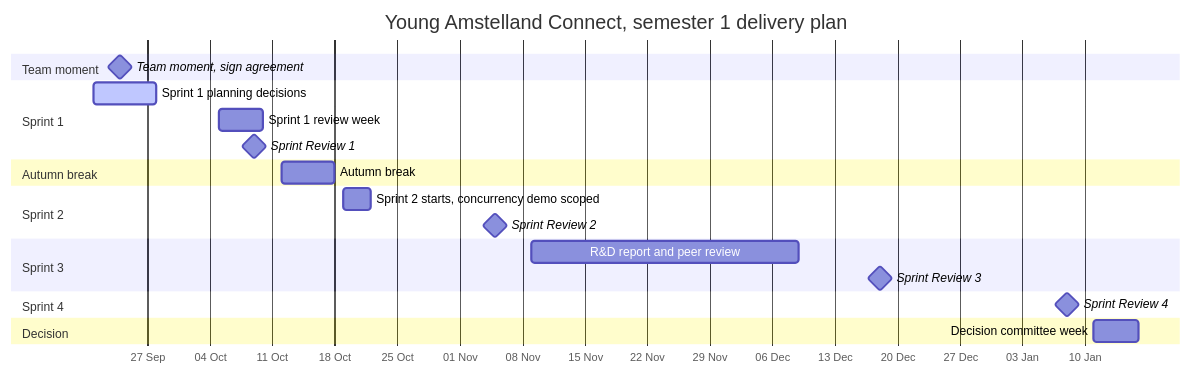
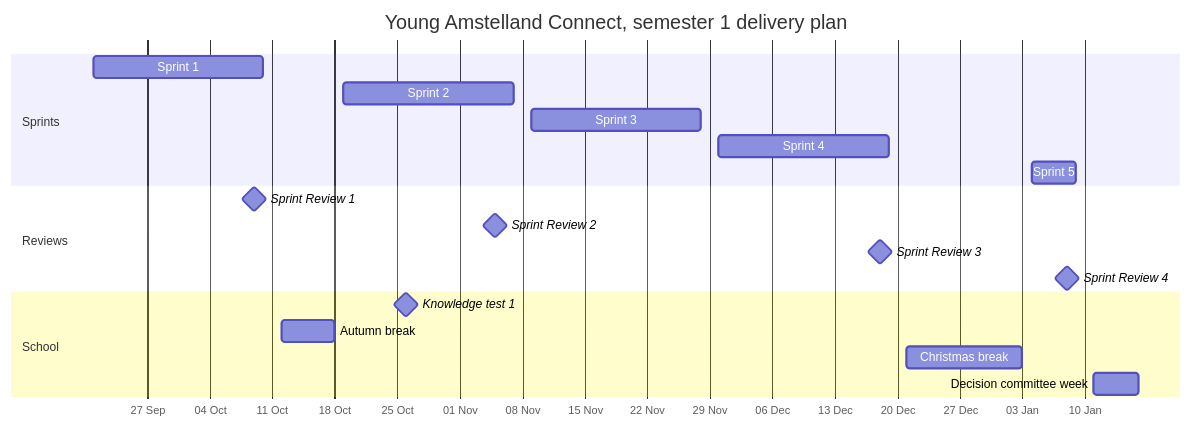
The diagram in docs/project/deliveryPlan.md (guruITA/connect-nine), drawn with Mermaid before and after one commit. The commit also changed other lines of this file and 21 other files, not shown here.

````diff
--- a/docs/project/deliveryPlan.md
+++ b/docs/project/deliveryPlan.md
@@ -200,31 +254,25 @@
 ```mermaid
 gantt
     title Young Amstelland Connect, semester 1 delivery plan
     dateFormat YYYY-MM-DD
     axisFormat %d %b
 
-    section Team moment
-    Team moment, sign agreement    :milestone, m1, 2026-09-24, 0d
+    section Sprints
+    Sprint 1                       :s1, 2026-09-21, 2026-10-10
+    Sprint 2                       :s2, 2026-10-19, 2026-11-07
+    Sprint 3                       :s3, 2026-11-09, 2026-11-28
+    Sprint 4                       :s4, 2026-11-30, 2026-12-19
+    Sprint 5                       :s5, 2027-01-04, 2027-01-09
 
-    section Sprint 1
-    Sprint 1 planning decisions    :active, s1p, 2026-09-21, 7d
-    Sprint 1 review week           :s1r, 2026-10-05, 5d
+    section Reviews
     Sprint Review 1                :milestone, sr1, 2026-10-09, 0d
-
-    section Autumn break
-    Autumn break                   :ab, 2026-10-12, 6d
-
-    section Sprint 2
-    Sprint 2 starts, concurrency demo scoped :s2s, 2026-10-19, 3d
     Sprint Review 2                :milestone, sr2, 2026-11-05, 0d
-
-    section Sprint 3
-    R&D report and peer review     :rd, 2026-11-09, 30d
     Sprint Review 3                :milestone, sr3, 2026-12-18, 0d
-
-    section Sprint 4
     Sprint Review 4                :milestone, sr4, 2027-01-08, 0d
 
-    section Decision
-    Decision committee week        :dc, 2027-01-11, 5d
+    section School
+    Knowledge test 1               :milestone, kt1, 2026-10-26, 0d
+    Autumn break                   :ab, 2026-10-12, 2026-10-18
+    Christmas break                :cb, 2026-12-21, 2027-01-03
+    Decision committee week        :dc, 2027-01-11, 2027-01-16
 ```
````
